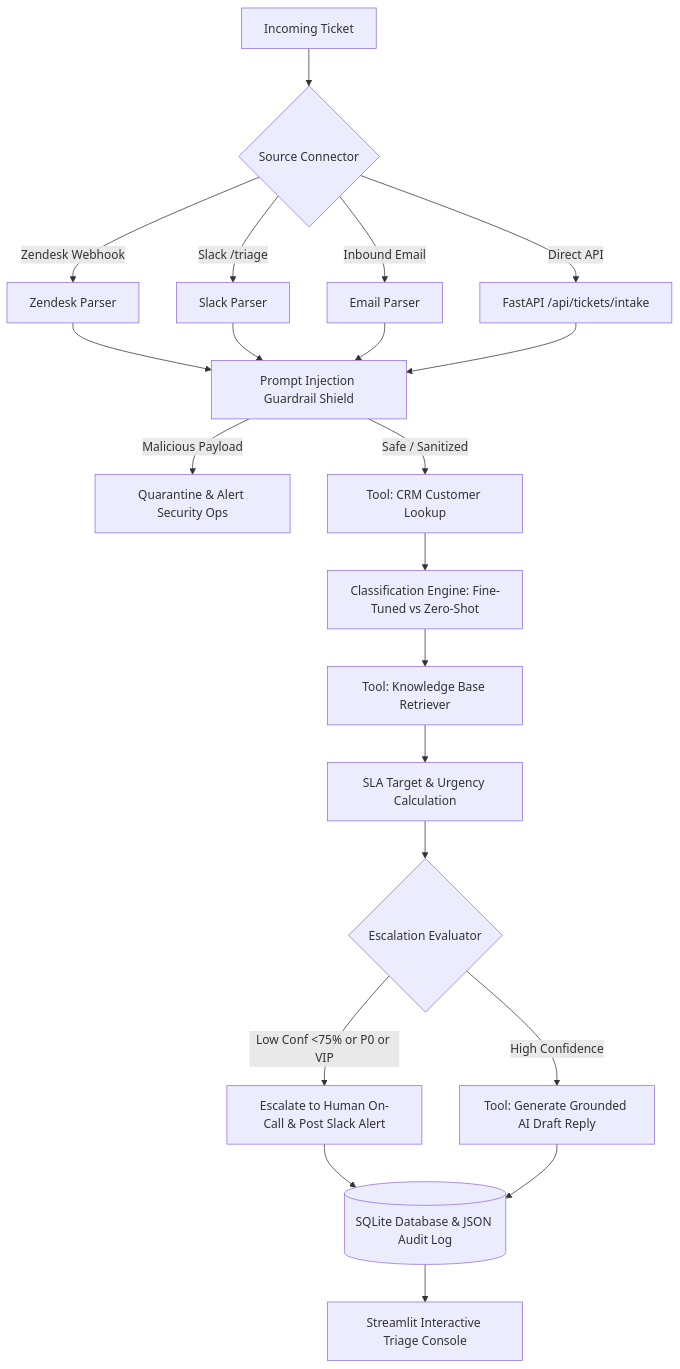
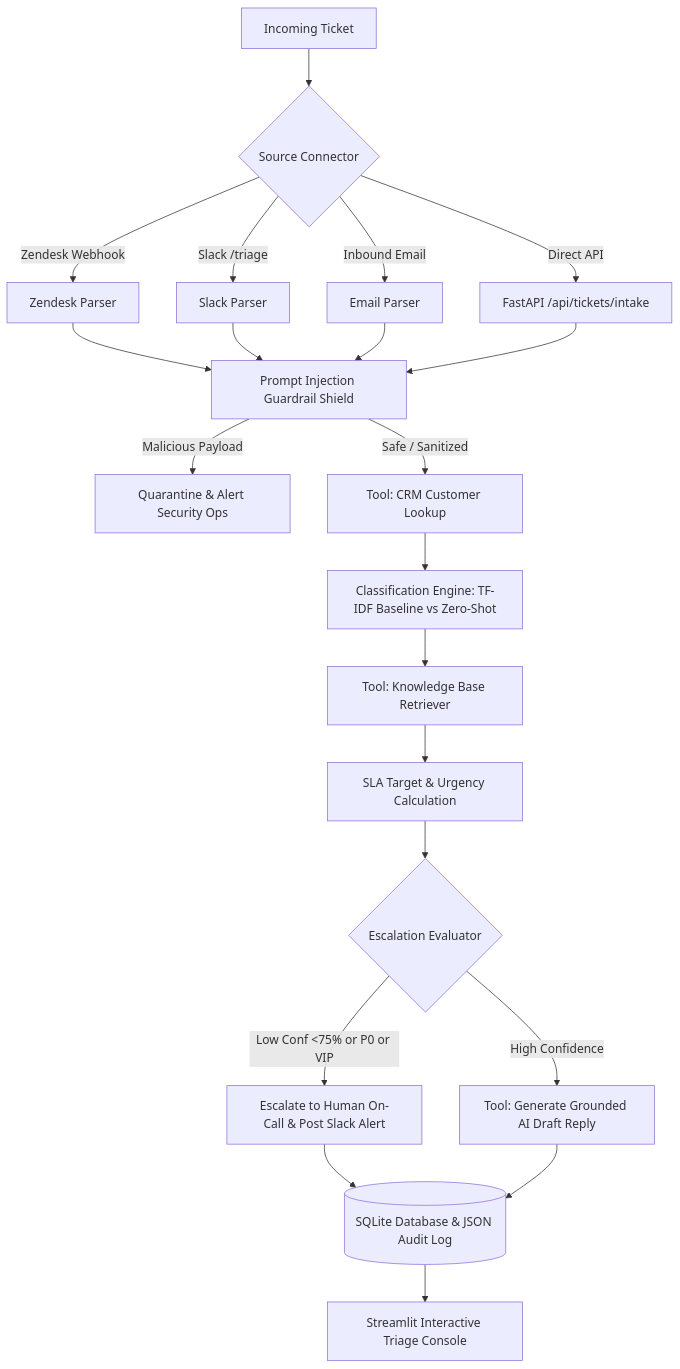
The diagram in README.md (Cosmo29/support-ticket-triage-agent), drawn with Mermaid before and after one commit. The commit also changed other lines of this file, not shown here.

````diff
--- a/README.md
+++ b/README.md
@@ -37,24 +37,24 @@
 ```mermaid
 flowchart TD
     A[Incoming Ticket] --> B{Source Connector}
     B -->|Zendesk Webhook| C[Zendesk Parser]
     B -->|Slack /triage| D[Slack Parser]
     B -->|Inbound Email| E[Email Parser]
     B -->|Direct API| F[FastAPI /api/tickets/intake]
 
     C & D & E & F --> G[Prompt Injection Guardrail Shield]
 
     G -->|Malicious Payload| H[Quarantine & Alert Security Ops]
     G -->|Safe / Sanitized| I[Tool: CRM Customer Lookup]
 
-    I --> J[Classification Engine: Fine-Tuned vs Zero-Shot]
+    I --> J[Classification Engine: TF-IDF Baseline vs Zero-Shot]
     J --> K[Tool: Knowledge Base Retriever]
     K --> L[SLA Target & Urgency Calculation]
 
     L --> M{Escalation Evaluator}
     M -->|Low Conf <75% or P0 or VIP| N[Escalate to Human On-Call & Post Slack Alert]
     M -->|High Confidence| O[Tool: Generate Grounded AI Draft Reply]
 
     N & O --> P[(SQLite Database & JSON Audit Log)]
     P --> Q[Streamlit Interactive Triage Console]
 ```
````
